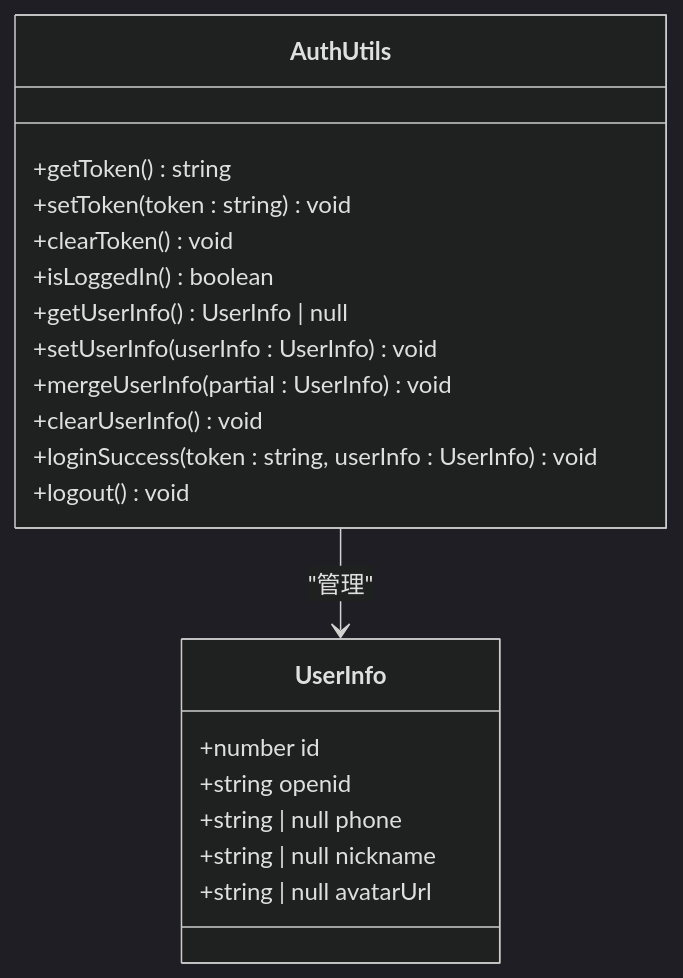
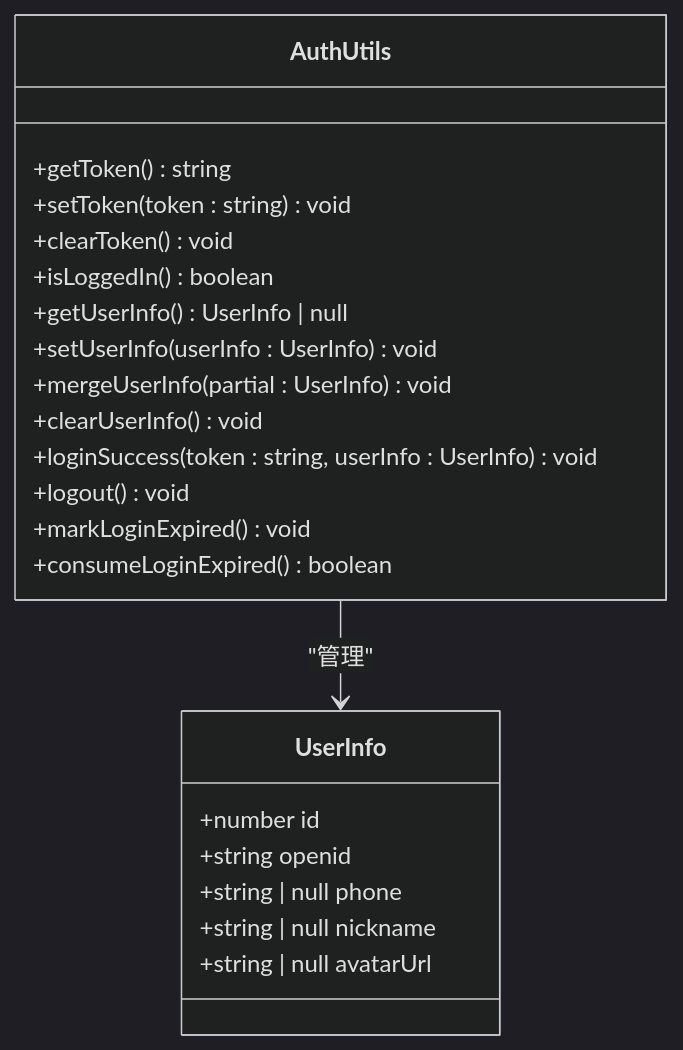
The third of 13 diagrams in .qoder/repowiki/zh/content/核心功能模块/用户认证系统.md (crazyma99/blueberry), drawn with Mermaid (dark theme) before and after one commit. The commit also changed other lines of this file and 7 other files, not shown here.

````diff
--- a/.qoder/repowiki/zh/content/核心功能模块/用户认证系统.md
+++ b/.qoder/repowiki/zh/content/核心功能模块/用户认证系统.md
@@ -207,23 +216,25 @@
 ```mermaid
 classDiagram
 class AuthUtils {
 +getToken() string
 +setToken(token : string) void
 +clearToken() void
 +isLoggedIn() boolean
 +getUserInfo() UserInfo | null
 +setUserInfo(userInfo : UserInfo) void
 +mergeUserInfo(partial : UserInfo) void
 +clearUserInfo() void
 +loginSuccess(token : string, userInfo : UserInfo) void
 +logout() void
++markLoginExpired() void
++consumeLoginExpired() boolean
 }
 class UserInfo {
 +number id
 +string openid
 +string | null phone
 +string | null nickname
 +string | null avatarUrl
 }
 AuthUtils --> UserInfo : "管理"
 ```
````
